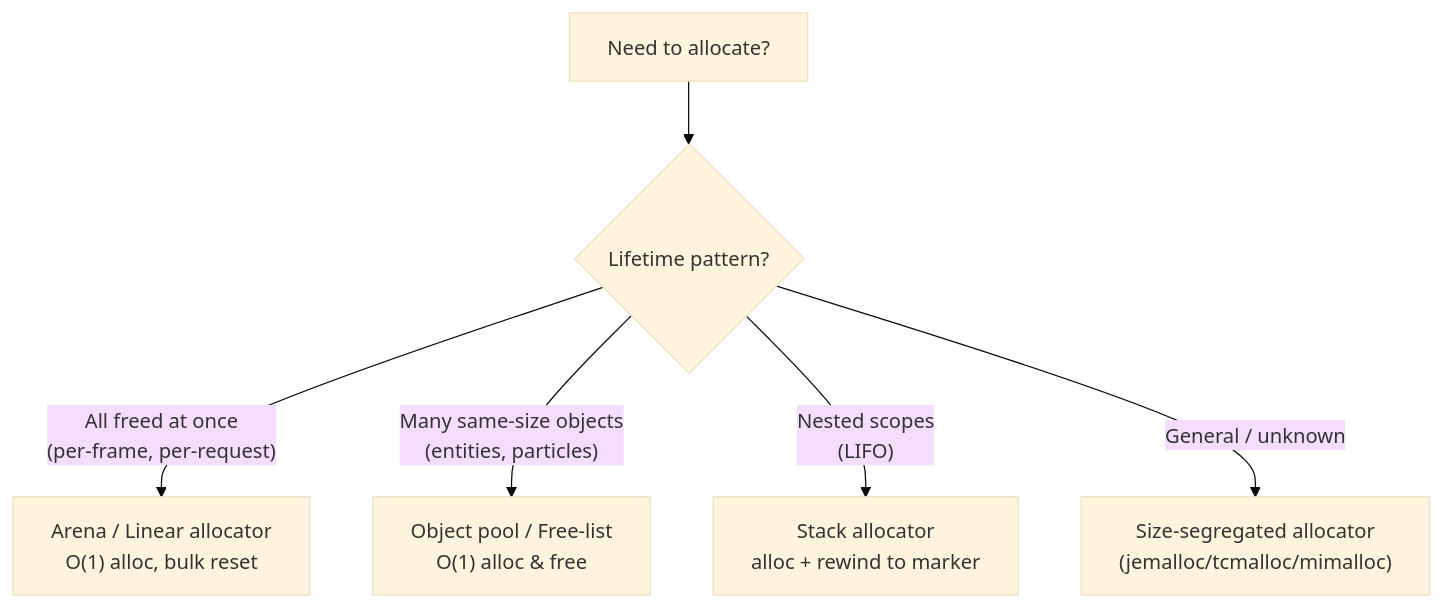
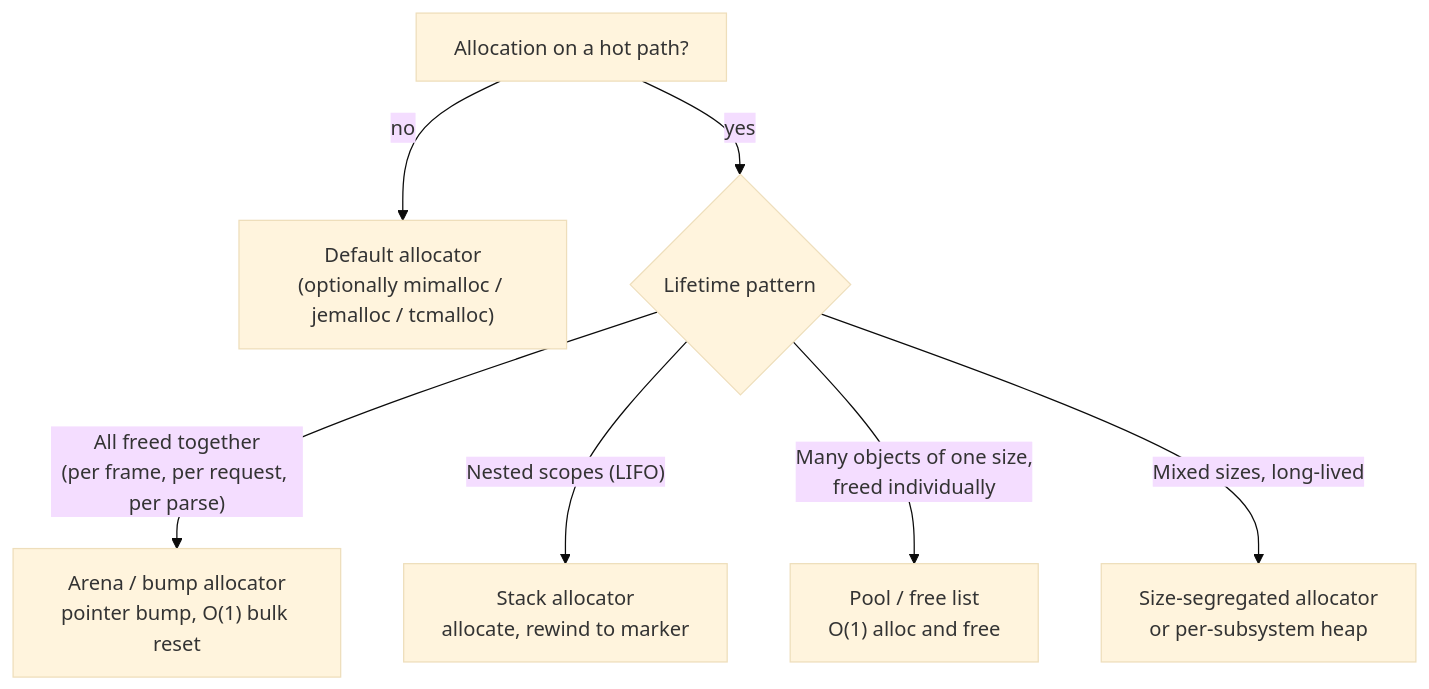
One commit to AndrewAltimit/Documentation changed the second of 4 diagrams in github-pages/docs/optimization/memory-optimization.md. Above: the diagram before and after it, drawn with Mermaid (base theme). The commit also changed other lines of this file and 240 other files, not shown here.

````diff
--- a/github-pages/docs/optimization/memory-optimization.md
+++ b/github-pages/docs/optimization/memory-optimization.md
@@ -85,8 +141,9 @@
 ```mermaid
 flowchart TD
-    A["Need to allocate?"] --> B{Lifetime pattern?}
-    B -->|"All freed at once<br/>(per-frame, per-request)"| C["Arena / Linear allocator<br/>O(1) alloc, bulk reset"]
-    B -->|"Many same-size objects<br/>(entities, particles)"| D["Object pool / Free-list<br/>O(1) alloc & free"]
-    B -->|"Nested scopes<br/>(LIFO)"| E["Stack allocator<br/>alloc + rewind to marker"]
-    B -->|"General / unknown"| F["Size-segregated allocator<br/>(jemalloc/tcmalloc/mimalloc)"]
+    A["Allocation on a hot path?"] -->|no| G["Default allocator<br/>(optionally mimalloc / jemalloc / tcmalloc)"]
+    A -->|yes| B{"Lifetime pattern"}
+    B -->|"All freed together<br/>(per frame, per request, per parse)"| C["Arena / bump allocator<br/>pointer bump, O(1) bulk reset"]
+    B -->|"Nested scopes (LIFO)"| E["Stack allocator<br/>allocate, rewind to marker"]
+    B -->|"Many objects of one size,<br/>freed individually"| D["Pool / free list<br/>O(1) alloc and free"]
+    B -->|"Mixed sizes, long-lived"| F["Size-segregated allocator<br/>or per-subsystem heap"]
 ```
````
